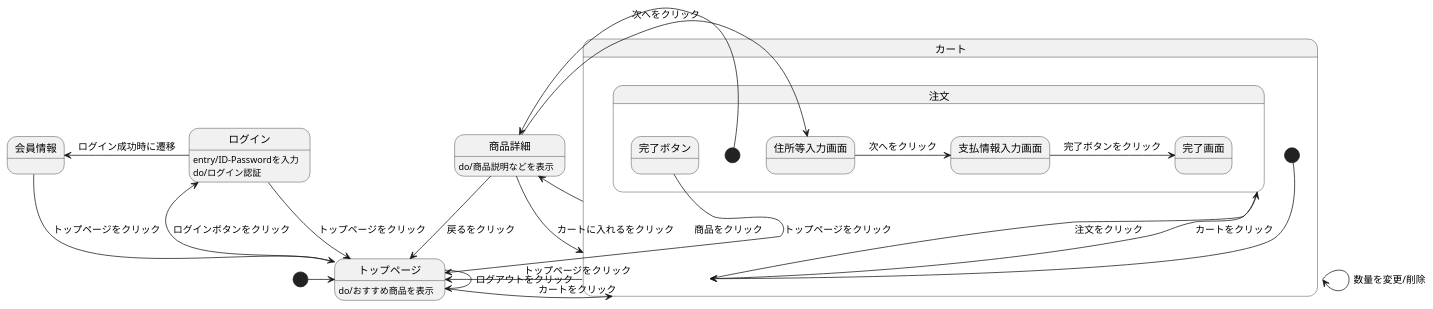
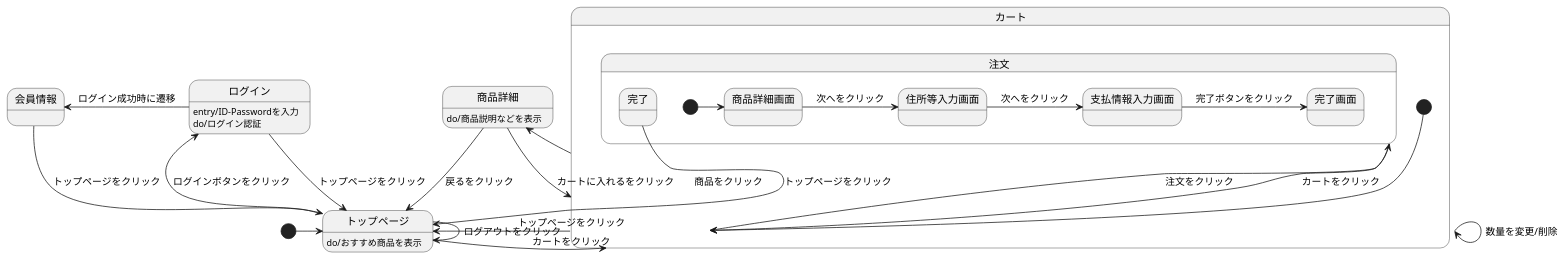
Before and after one commit to Aso2101121/2021sys-design-2: the diagram in orijinal.stw.md, drawn with PlantUML.

````diff
--- a/orijinal.stw.md
+++ b/orijinal.stw.md
@@ -1,33 +1,33 @@
 ```uml
 @startuml
 [*] -> トップページ
 トップページ : do/おすすめ商品を表示
 会員情報 --> トップページ : トップページをクリック
 ログイン --> トップページ : トップページをクリック
 トップページ --> トップページ : ログアウトをクリック
 トップページ -left-> ログイン : ログインボタンをクリック
 ログイン -left-> 会員情報 : ログイン成功時に遷移
 ログイン : entry/ID-Passwordを入力
 ログイン : do/ログイン認証
 トップページ --> カート : カートをクリック
 商品詳細 --> カート : カートに入れるをクリック
 商品詳細 --> トップページ : 戻るをクリック
 商品詳細 : do/商品説明などを表示
 カート -up-> トップページ : トップページをクリック
 カート -> 商品詳細 : 商品をクリック
 
 state カート{
  [*] --> カート
  カート -> 注文 : 注文をクリック
  カート -> カート : 数量を変更/削除
  注文 --> カート : カートをクリック
  state 注文{
-  [*] -> 商品詳細
-  商品詳細 -> 住所等入力画面 : 次へをクリック
+  [*] -> 商品詳細画面
+  商品詳細画面 -> 住所等入力画面 : 次へをクリック
   住所等入力画面 -> 支払情報入力画面 : 次へをクリック
   支払情報入力画面 -> 完了画面 : 完了ボタンをクリック
-  完了ボタン --> トップページ : トップページをクリック
+  完了 --> トップページ : トップページをクリック
  }
 }
 @enduml
 ```
````
